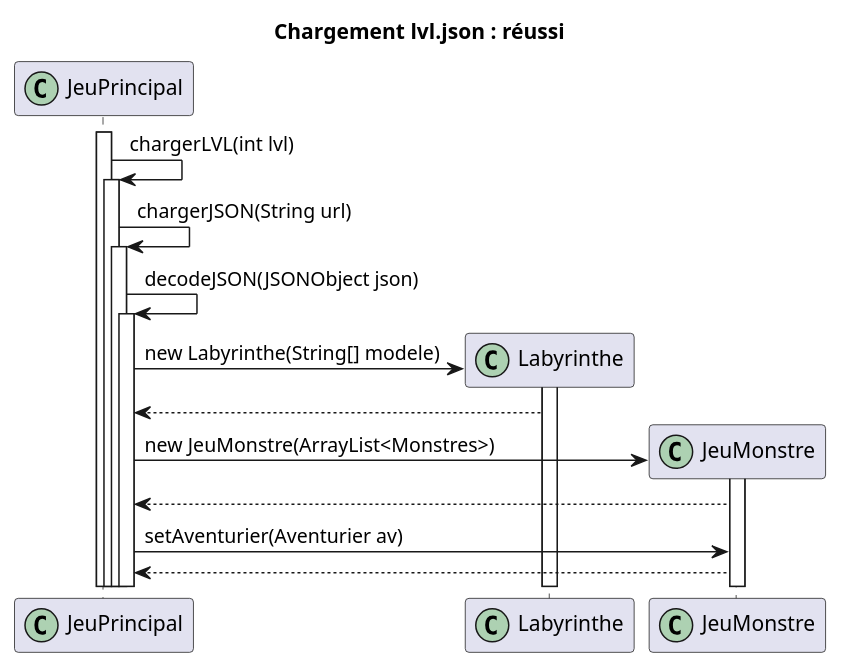
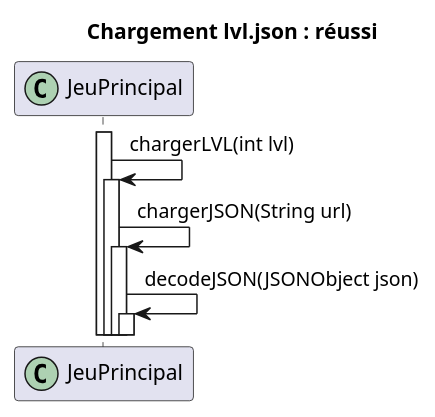
One commit to LoickNosal/2019_COO_Zeldiablo_Nosal9u_Demang146u_Sousa12u_Gsell5u changed the diagram in documents/version_06/diagramme_sequence/ChargementJSONReussi.wsd. Above: the diagram before and after it, drawn with PlantUML. The commit also changed 1 other file, not shown here.

Commit message:
Update diagramme sequence chargementJSON

```diff
--- a/documents/version_06/diagramme_sequence/ChargementJSONReussi.wsd
+++ b/documents/version_06/diagramme_sequence/ChargementJSONReussi.wsd
@@ -1,30 +1,16 @@
 @startuml 
 title Chargement lvl.json : réussi
 participant JeuPrincipal << (C,#ADD1B2) >>
-participant Labyrinthe << (C,#ADD1B2) >>
-participant JeuMonstre << (C,#ADD1B2) >>
 
 activate JeuPrincipal
 JeuPrincipal -> JeuPrincipal : chargerLVL(int lvl)
 activate JeuPrincipal
 
 JeuPrincipal -> JeuPrincipal : chargerJSON(String url)
 activate JeuPrincipal
 
 JeuPrincipal -> JeuPrincipal : decodeJSON(JSONObject json)
 activate JeuPrincipal
 
-create Labyrinthe
-JeuPrincipal -> Labyrinthe : new Labyrinthe(String[] modele)
-activate Labyrinthe
-JeuPrincipal <-- Labyrinthe
-
-create JeuMonstre
-JeuPrincipal -> JeuMonstre : new JeuMonstre(ArrayList<Monstres>)
-activate JeuMonstre
-JeuPrincipal <-- JeuMonstre
-
-JeuPrincipal -> JeuMonstre : setAventurier(Aventurier av)
-JeuPrincipal <-- JeuMonstre
 
 @enduml
```
